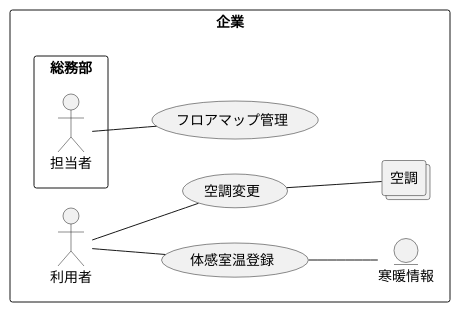
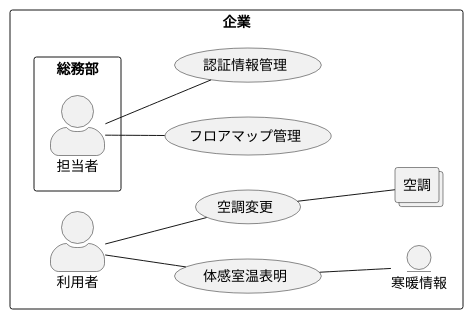
The diagram in business-context.puml (kkismd/document-template), drawn with PlantUML before and after one commit. The commit also changed 13 other files, not shown here.

```diff
--- a/business-context.puml
+++ b/business-context.puml
@@ -1,25 +1,28 @@
 @startuml
 left to right direction
+skinparam actorStyle awesome
 
 rectangle 企業 {
   actor 利用者
-  usecase  体感室温登録
+  usecase  体感室温表明
   entity 寒暖情報
 
   rectangle 総務部 {
     actor 担当者
   }
   usecase フロアマップ管理
+  usecase 認証情報管理
 
   collections 空調
   usecase 空調変更
 }
 
-利用者 -- 体感室温登録
-体感室温登録 -- 寒暖情報
+利用者 -- 体感室温表明
+体感室温表明 -- 寒暖情報
 担当者 -- フロアマップ管理
+担当者 -- 認証情報管理
 
 利用者 -- 空調変更
 空調変更 -- 空調
 
 @enduml
```
